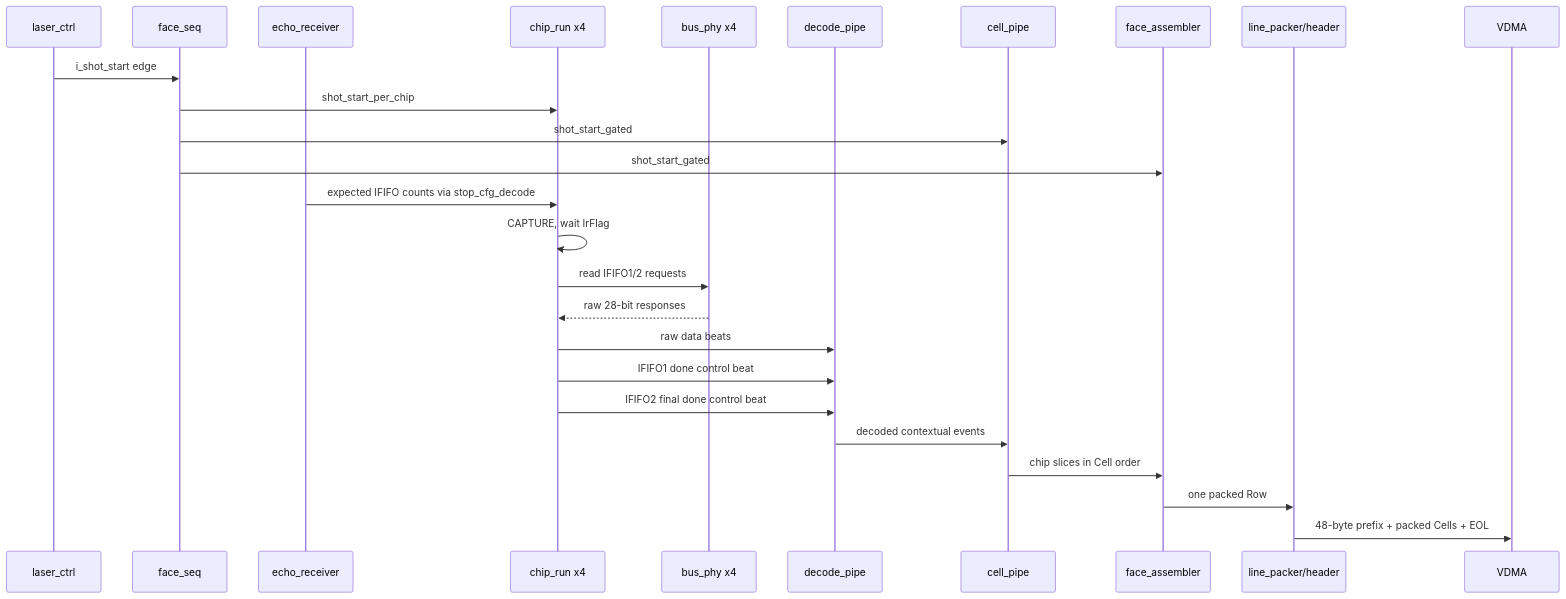
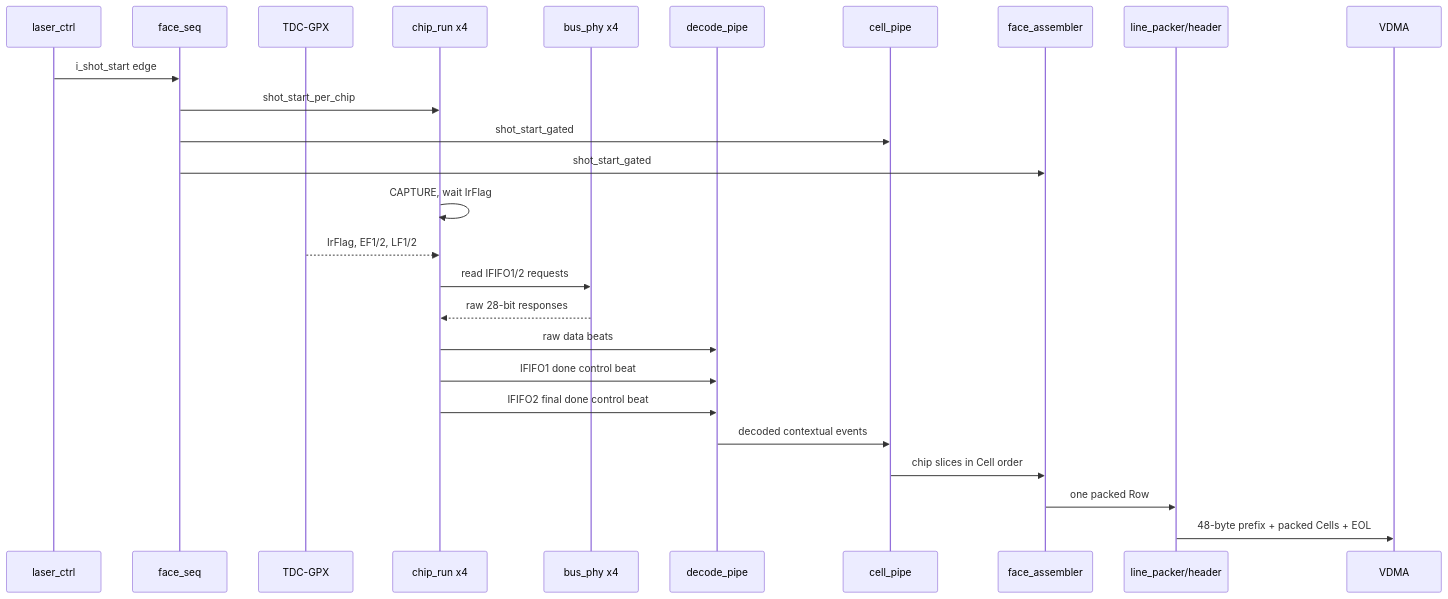
One commit to haneulia/tdc_gpx_ctrl changed the eighth of 15 diagrams in Doc/tdc_gpx_top_신호처리_상세_사용_설명서.md. Above: the diagram before and after it, drawn with Mermaid. The commit also changed other lines of this file and 2 other files, not shown here.

Commit message:
docs: close GPX FIFO ownership contract

````diff
--- a/Doc/tdc_gpx_top_신호처리_상세_사용_설명서.md
+++ b/Doc/tdc_gpx_top_신호처리_상세_사용_설명서.md
@@ -762,29 +757,29 @@
 ```mermaid
 sequenceDiagram
     participant L as laser_ctrl
     participant S as face_seq
-    participant E as echo_receiver
+    participant G as TDC-GPX
     participant R as chip_run x4
     participant P as bus_phy x4
     participant D as decode_pipe
     participant C as cell_pipe
     participant A as face_assembler
     participant O as line_packer/header
     participant V as VDMA
 
     L->>S: i_shot_start edge
     S->>R: shot_start_per_chip
     S->>C: shot_start_gated
     S->>A: shot_start_gated
-    E->>R: expected IFIFO counts via stop_cfg_decode
     R->>R: CAPTURE, wait IrFlag
+    G-->>R: IrFlag, EF1/2, LF1/2
     R->>P: read IFIFO1/2 requests
     P-->>R: raw 28-bit responses
     R->>D: raw data beats
     R->>D: IFIFO1 done control beat
     R->>D: IFIFO2 final done control beat
     D->>C: decoded contextual events
     C->>A: chip slices in Cell order
     A->>O: one packed Row
     O->>V: 48-byte prefix + packed Cells + EOL
 ```
````
